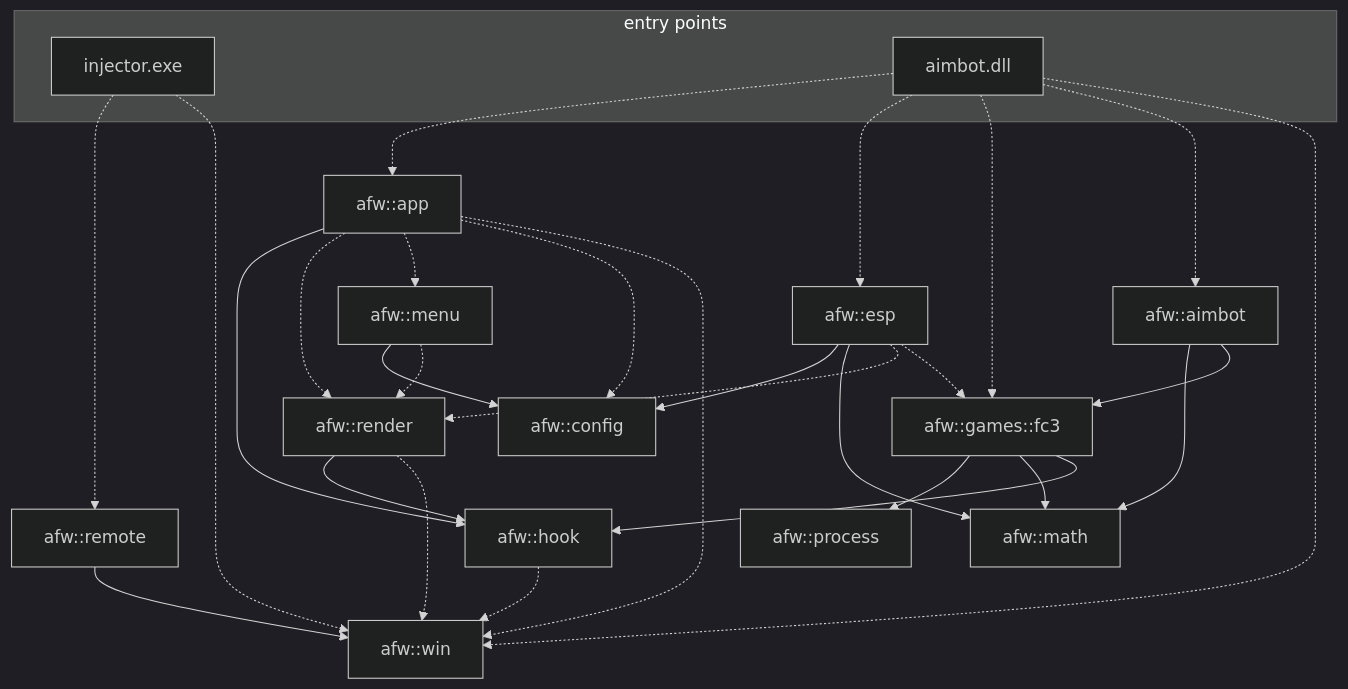
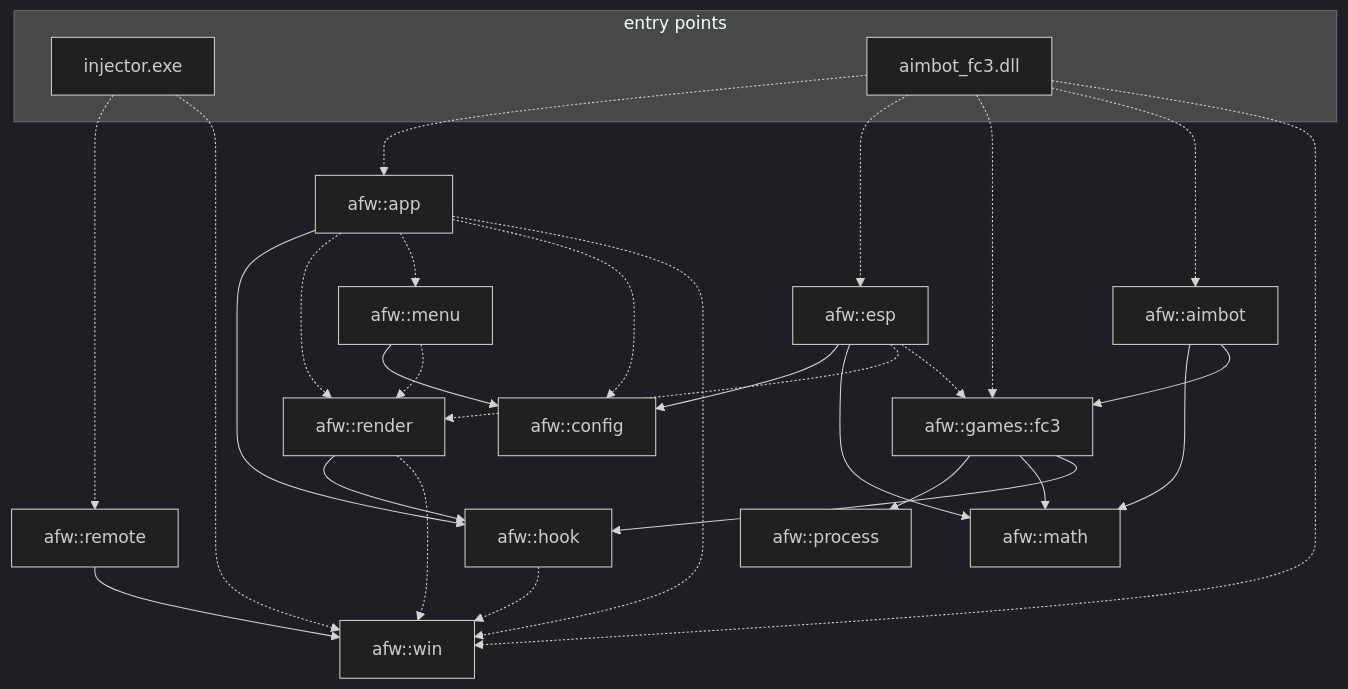
The first of 2 diagrams in README.md (kxigor/AimbotFramework), drawn with Mermaid (dark theme) before and after one commit. The commit also changed other lines of this file and 29 other files, not shown here.

````diff
--- a/README.md
+++ b/README.md
@@ -208,36 +216,36 @@
 ```mermaid
 graph TD
   subgraph entry [entry points]
     INJ[injector.exe]
-    DLL[aimbot.dll]
+    DLL[aimbot_fc3.dll]
   end
 
   DLL -.-> APP[afw::app]
   DLL -.-> ESP[afw::esp]
   DLL -.-> FC3[afw::games::fc3]
   DLL -.-> AIMBOT[afw::aimbot]
   DLL -.-> WIN[afw::win]
   INJ -.-> REMOTE[afw::remote]
   INJ -.-> WIN
 
   APP --> HOOK[afw::hook]
   APP -.-> RENDER[afw::render]
   APP -.-> MENU[afw::menu]
   APP -.-> CONFIG[afw::config]
   APP -.-> WIN
   MENU --> CONFIG
   MENU -.-> RENDER
   ESP --> CONFIG
   ESP --> MATH[afw::math]
   ESP -.-> RENDER
   ESP -.-> FC3
   AIMBOT --> MATH
   AIMBOT --> FC3
   FC3 --> PROCESS[afw::process]
   FC3 --> MATH
   FC3 --> HOOK
   RENDER --> HOOK
   RENDER -.-> WIN
   REMOTE --> WIN
   HOOK -.-> WIN
 ```
````
